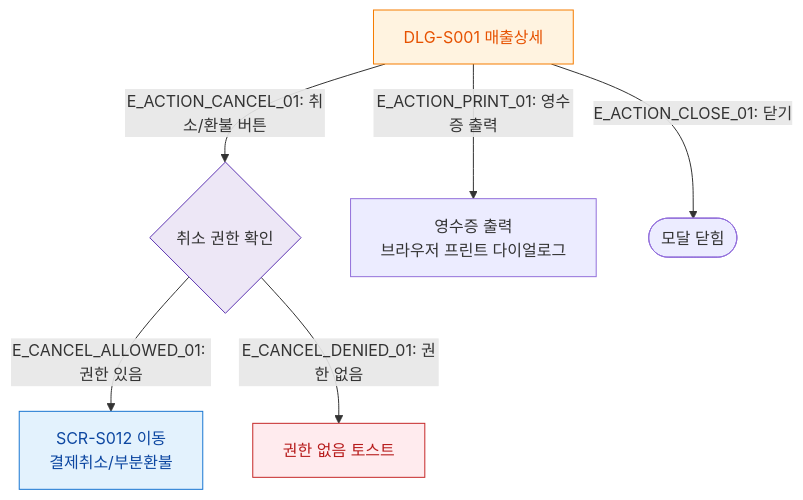
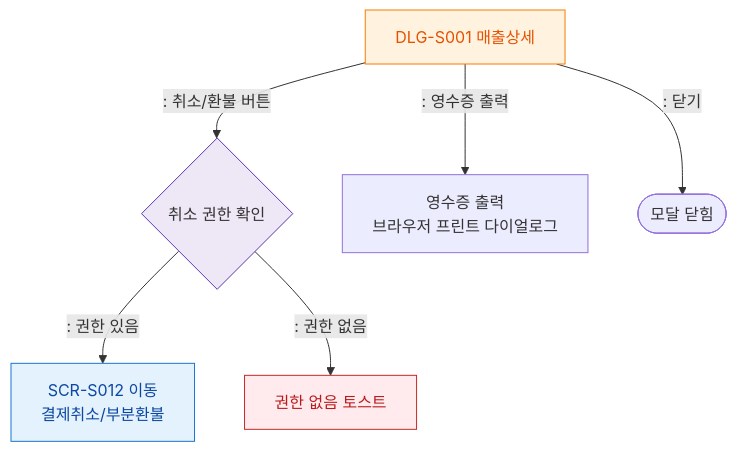
The diagram in docs/다이어그램/D03_매출관리/DLG-S001_매출상세/M3_결과분기.md (dev-spogym/admin-pando), drawn with Mermaid before and after one commit. The commit also changed other lines of this file and 1660 other files, not shown here.

First line of the commit message:
다이어그램: 기획자/클라이언트 납품본으로 정리

````diff
--- a/docs/다이어그램/D03_매출관리/DLG-S001_매출상세/M3_결과분기.md
+++ b/docs/다이어그램/D03_매출관리/DLG-S001_매출상세/M3_결과분기.md
@@ -20,19 +18,19 @@
 ```mermaid
 flowchart TD
-    DLG_S001[DLG-S001 매출상세] -->|"E_ACTION_CANCEL_01: 취소/환불 버튼"| AUTH_CANCEL{취소 권한 확인}
-    DLG_S001 -->|"E_ACTION_PRINT_01: 영수증 출력"| PRINT_RECEIPT[영수증 출력\n브라우저 프린트 다이얼로그]
-    DLG_S001 -->|"E_ACTION_CLOSE_01: 닫기"| CLOSED([모달 닫힘])
+    DLG_S001[DLG-S001 매출상세] -->|": 취소/환불 버튼"|AUTH_CANCEL{취소 권한 확인}
+    DLG_S001 -->|": 영수증 출력"|PRINT_RECEIPT[영수증 출력\n브라우저 프린트 다이얼로그]
+    DLG_S001 -->|": 닫기"|CLOSED([모달 닫힘])
 
-    AUTH_CANCEL -->|"E_CANCEL_ALLOWED_01: 권한 있음"| GOTO_S012[SCR-S012 이동\n결제취소/부분환불]
-    AUTH_CANCEL -->|"E_CANCEL_DENIED_01: 권한 없음"| NO_AUTH_TOAST[권한 없음 토스트]
+    AUTH_CANCEL -->|": 권한 있음"|GOTO_S012[SCR-S012 이동\n결제취소/부분환불]
+    AUTH_CANCEL -->|": 권한 없음"|NO_AUTH_TOAST[권한 없음 토스트]
 
     classDef modal fill:#FFF3E0,stroke:#F57C00,color:#E65100
     classDef screen fill:#E3F2FD,stroke:#1976D2,color:#0D47A1
     classDef system fill:#EDE7F6,stroke:#5E35B2
     classDef error fill:#FFEBEE,stroke:#C62828,color:#B71C1C
 
     class DLG_S001 modal
     class GOTO_S012 screen
     class AUTH_CANCEL system
     class NO_AUTH_TOAST error
 ```
````
